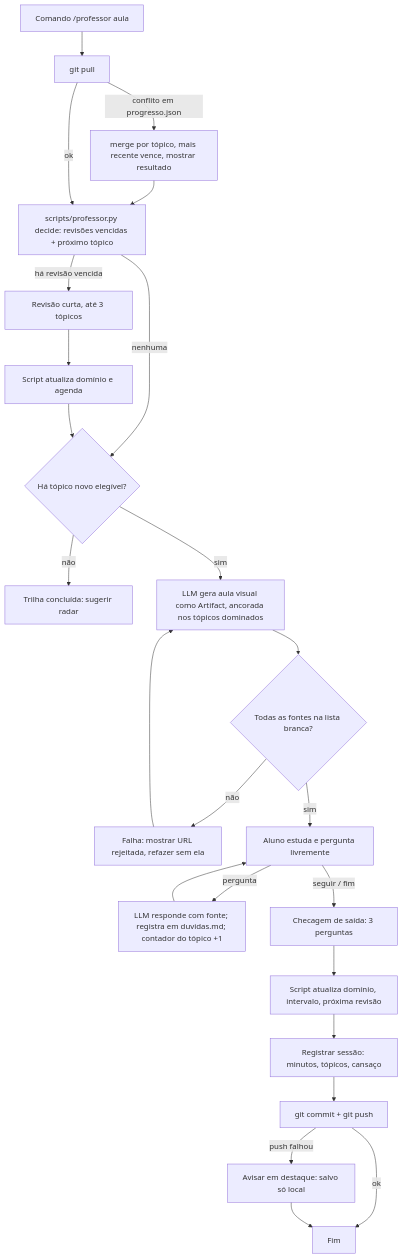
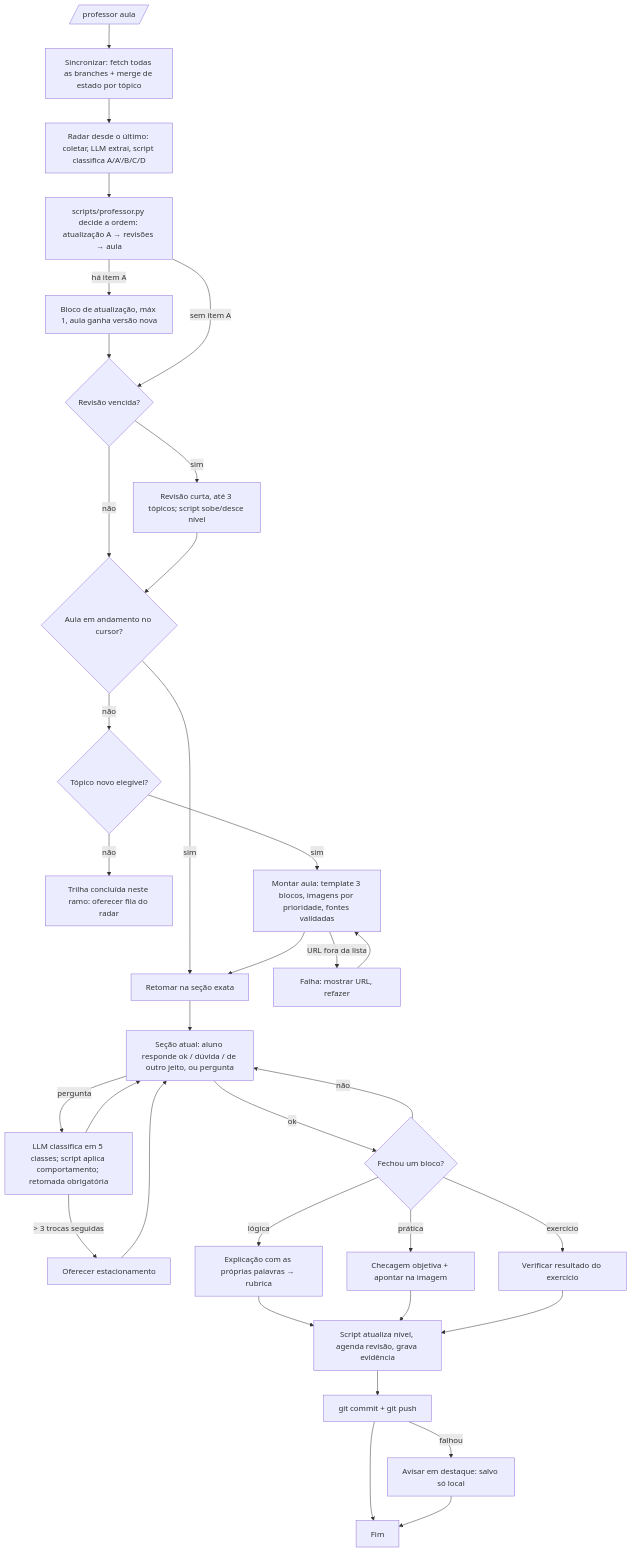
Before and after one commit to rafaxavier2016/metodologia-claude: the diagram in docs/spec_professor_ia.md, drawn with Mermaid. The commit also changed other lines of this file, not shown here.

First line of the commit message:
spec v2: escala 1-10 por evidencia, aula em 3 blocos, mecanismo do fio, regras do radar

````diff
--- a/docs/spec_professor_ia.md
+++ b/docs/spec_professor_ia.md
@@ -281,26 +413,36 @@
 ```mermaid
 flowchart TD
-    A[Comando /professor aula] --> B[git pull]
-    B -->|conflito em progresso.json| B2[merge por tópico, mais recente vence, mostrar resultado]
-    B2 --> C
-    B -->|ok| C[scripts/professor.py decide: revisões vencidas + próximo tópico]
-    C -->|há revisão vencida| D[Revisão curta, até 3 tópicos]
-    D --> E[Script atualiza domínio e agenda]
-    C -->|nenhuma| F
-    E --> F{Há tópico novo elegível?}
-    F -->|não| G[Trilha concluída: sugerir radar]
-    F -->|sim| H[LLM gera aula visual como Artifact, ancorada nos tópicos dominados]
-    H --> V{Todas as fontes na lista branca?}
-    V -->|não| V2[Falha: mostrar URL rejeitada, refazer sem ela]
-    V2 --> H
-    V -->|sim| I[Aluno estuda e pergunta livremente]
-    I -->|pergunta| J[LLM responde com fonte; registra em duvidas.md; contador do tópico +1]
-    J --> I
-    I -->|"seguir" / fim| K[Checagem de saída: 3 perguntas]
-    K --> L[Script atualiza domínio, intervalo, próxima revisão]
-    L --> M[Registrar sessão: minutos, tópicos, cansaço]
-    M --> N[git commit + git push]
-    N -->|push falhou| N2[Avisar em destaque: salvo só local]
-    N -->|ok| O[Fim]
+    A[/professor aula/] --> B[Sincronizar: fetch todas as branches + merge de estado por tópico]
+    B --> R[Radar desde o último: coletar, LLM extrai, script classifica A/A'/B/C/D]
+    R --> C[scripts/professor.py decide a ordem: atualização A → revisões → aula]
+    C -->|há item A| U[Bloco de atualização, máx 1, aula ganha versão nova]
+    U --> D
+    C -->|sem item A| D{Revisão vencida?}
+    D -->|sim| E[Revisão curta, até 3 tópicos; script sobe/desce nível]
+    D -->|não| F
+    E --> F{Aula em andamento no cursor?}
+    F -->|sim| G[Retomar na seção exata]
+    F -->|não| H{Tópico novo elegível?}
+    H -->|não| I[Trilha concluída neste ramo: oferecer fila do radar]
+    H -->|sim| J[Montar aula: template 3 blocos, imagens por prioridade, fontes validadas]
+    J -->|URL fora da lista| J2[Falha: mostrar URL, refazer]
+    J2 --> J
+    J --> G
+    G --> K[Seção atual: aluno responde ok / dúvida / de outro jeito, ou pergunta]
+    K -->|pergunta| L[LLM classifica em 5 classes; script aplica comportamento; retomada obrigatória]
+    L -->|> 3 trocas seguidas| P[Oferecer estacionamento]
+    P --> K
+    L --> K
+    K -->|ok| M{Fechou um bloco?}
+    M -->|lógica| N1[Explicação com as próprias palavras → rubrica]
+    M -->|prática| N2[Checagem objetiva + apontar na imagem]
+    M -->|exercício| N3[Verificar resultado do exercício]
+    M -->|não| K
+    N1 --> O[Script atualiza nível, agenda revisão, grava evidência]
     N2 --> O
+    N3 --> O
+    O --> Q[git commit + git push]
+    Q -->|falhou| Q2[Avisar em destaque: salvo só local]
+    Q --> Z[Fim]
+    Q2 --> Z
 ```
````
